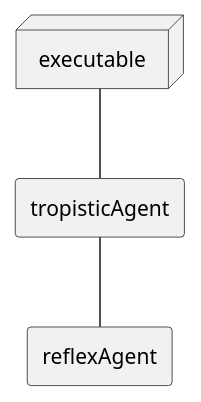
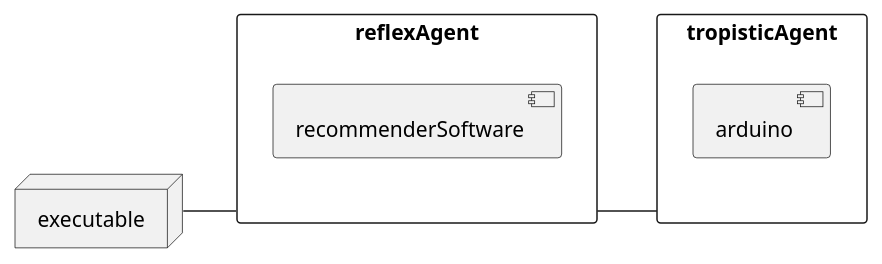
One commit to Ajmicco18/CSIS-5824-Applied-AI changed the diagram in UML Documents/reflexAgentDeploy.puml. Above: the diagram before and after it, drawn with PlantUML. The commit also changed 1 other file, not shown here.

Commit message:
finished deployment diagrams

```diff
--- a/UML Documents/reflexAgentDeploy.puml
+++ b/UML Documents/reflexAgentDeploy.puml
@@ -1,12 +1,19 @@
 @startuml reflexAgentDeploy
 
+left to right direction
+
 node executable
-agent tropisticAgent
-agent reflexAgent
 
-executable -- tropisticAgent
-tropisticAgent -- reflexAgent
+rectangle tropisticAgent {
+     component arduino
+} 
+rectangle reflexAgent{
+    component recommenderSoftware
+}
+
+executable -- reflexAgent
+reflexAgent -- tropisticAgent
 
     
 
 @enduml
```
